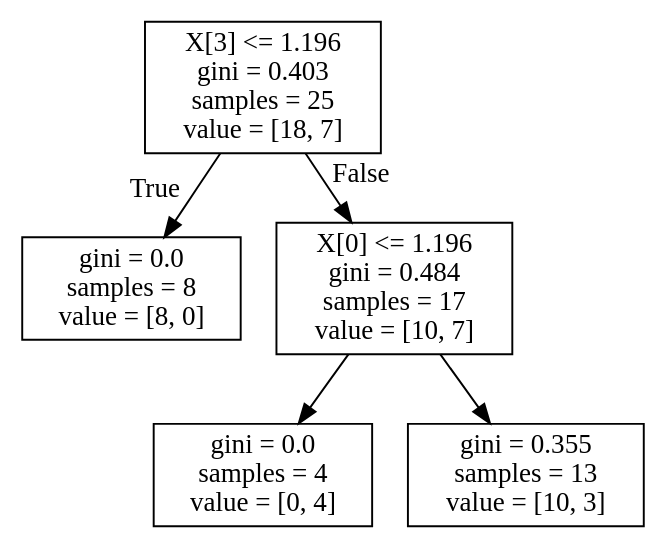
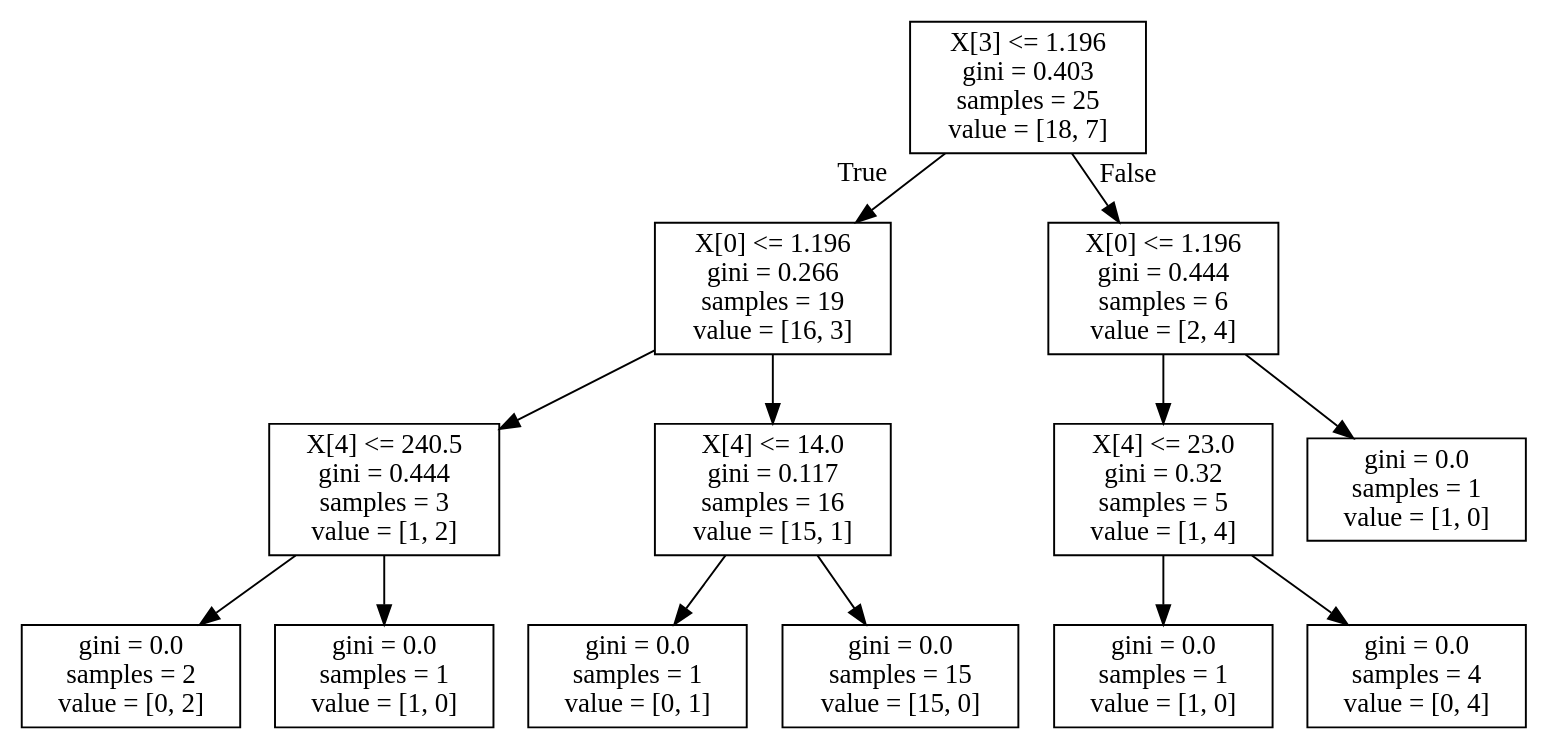
One commit to HazemIbrahim98/Web-Project changed the diagram in PythonBackend/tree.dot. Above: the diagram before and after it, drawn with Graphviz. The commit also changed 8 other files, not shown here.

```diff
--- a/PythonBackend/tree.dot
+++ b/PythonBackend/tree.dot
@@ -1,12 +1,28 @@
 digraph Tree {
 node [shape=box] ;
 0 [label="X[3] <= 1.196\ngini = 0.403\nsamples = 25\nvalue = [18, 7]"] ;
-1 [label="gini = 0.0\nsamples = 8\nvalue = [8, 0]"] ;
+1 [label="X[0] <= 1.196\ngini = 0.266\nsamples = 19\nvalue = [16, 3]"] ;
 0 -> 1 [labeldistance=2.5, labelangle=45, headlabel="True"] ;
-2 [label="X[0] <= 1.196\ngini = 0.484\nsamples = 17\nvalue = [10, 7]"] ;
-0 -> 2 [labeldistance=2.5, labelangle=-45, headlabel="False"] ;
-3 [label="gini = 0.0\nsamples = 4\nvalue = [0, 4]"] ;
+2 [label="X[4] <= 240.5\ngini = 0.444\nsamples = 3\nvalue = [1, 2]"] ;
+1 -> 2 ;
+3 [label="gini = 0.0\nsamples = 2\nvalue = [0, 2]"] ;
 2 -> 3 ;
-4 [label="gini = 0.355\nsamples = 13\nvalue = [10, 3]"] ;
+4 [label="gini = 0.0\nsamples = 1\nvalue = [1, 0]"] ;
 2 -> 4 ;
+5 [label="X[4] <= 14.0\ngini = 0.117\nsamples = 16\nvalue = [15, 1]"] ;
+1 -> 5 ;
+6 [label="gini = 0.0\nsamples = 1\nvalue = [0, 1]"] ;
+5 -> 6 ;
+7 [label="gini = 0.0\nsamples = 15\nvalue = [15, 0]"] ;
+5 -> 7 ;
+8 [label="X[0] <= 1.196\ngini = 0.444\nsamples = 6\nvalue = [2, 4]"] ;
+0 -> 8 [labeldistance=2.5, labelangle=-45, headlabel="False"] ;
+9 [label="X[4] <= 23.0\ngini = 0.32\nsamples = 5\nvalue = [1, 4]"] ;
+8 -> 9 ;
+10 [label="gini = 0.0\nsamples = 1\nvalue = [1, 0]"] ;
+9 -> 10 ;
+11 [label="gini = 0.0\nsamples = 4\nvalue = [0, 4]"] ;
+9 -> 11 ;
+12 [label="gini = 0.0\nsamples = 1\nvalue = [1, 0]"] ;
+8 -> 12 ;
 }
```
